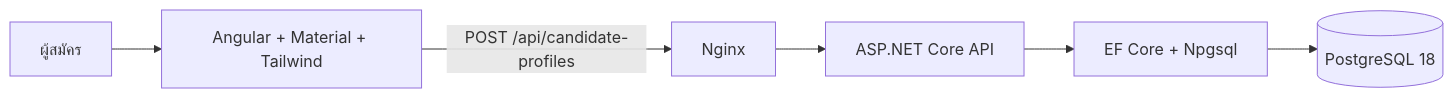
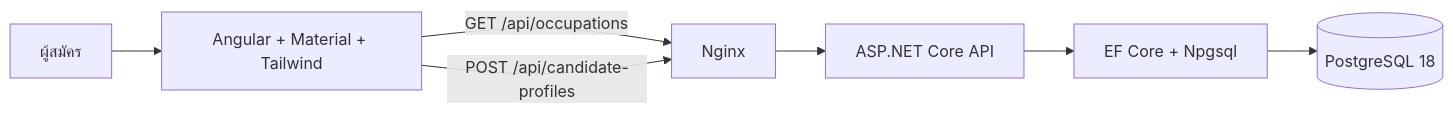
Before and after one commit to baramesh/interview-question-004: the diagram in design-new/04-arch-desc/01-candidate-profile/arch-desc/ad-cp-01-module-architecture.md, drawn with Mermaid. The commit also changed other lines of this file and 44 other files, not shown here.

````diff
--- a/design-new/04-arch-desc/01-candidate-profile/arch-desc/ad-cp-01-module-architecture.md
+++ b/design-new/04-arch-desc/01-candidate-profile/arch-desc/ad-cp-01-module-architecture.md
@@ -24,8 +25,9 @@
 ```mermaid
 flowchart LR
   U["ผู้สมัคร"] --> W["Angular + Material + Tailwind"]
+  W -->|"GET /api/occupations"| N["Nginx"]
   W -->|"POST /api/candidate-profiles"| N["Nginx"]
   N --> A["ASP.NET Core API"]
   A --> E["EF Core + Npgsql"]
   E --> P[("PostgreSQL 18")]
 ```
````
